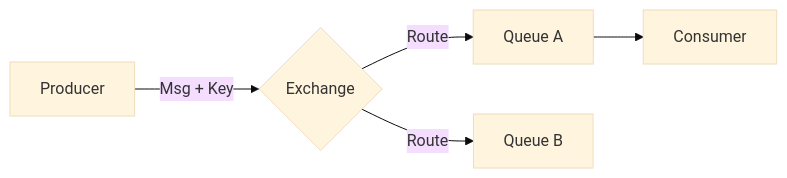
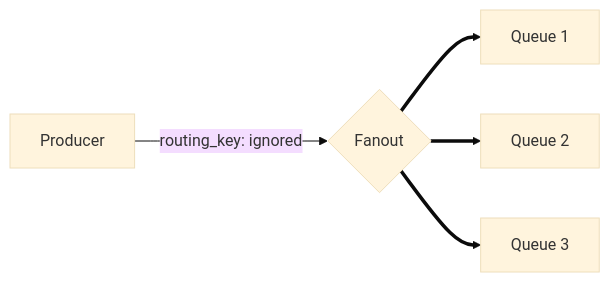
Before and after one commit to IBraveMonkey/data_structure-algorithms: the third of 7 diagrams in информатика(теория)/networking/API_Protocols/3.AMQP_MQTT.md, drawn with Mermaid (base theme). The commit also changed other lines of this file and 22 other files, not shown here.

````diff
--- a/информатика(теория)/networking/API_Protocols/3.AMQP_MQTT.md
+++ b/информатика(теория)/networking/API_Protocols/3.AMQP_MQTT.md
@@ -28,7 +178,8 @@
 ```mermaid
-graph LR
-    P[Producer] -- "Msg + Key" --> Ex{Exchange}
-    Ex -- "Route" --> Q1[Queue A]
-    Ex -- "Route" --> Q2[Queue B]
-    Q1 --> C[Consumer]
+flowchart LR
+    P[Producer] -->|"routing_key: ignored"| Ex{Fanout}
+    
+    Ex ==> Q1[Queue 1]
+    Ex ==> Q2[Queue 2]
+    Ex ==> Q3[Queue 3]
 ```
````
